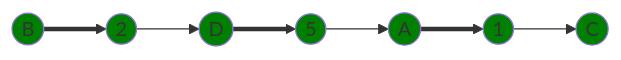
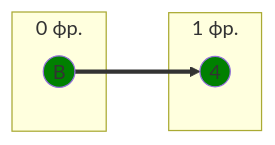
Diagram 11 of 12 in Задание 8/Nyashki.md (algos-ris-24-3/manual-tasks), drawn with Mermaid before and after one commit. The commit also changed other lines of this file, not shown here.

````diff
--- a/Задание 8/Nyashki.md
+++ b/Задание 8/Nyashki.md
@@ -354,20 +345,14 @@
 ```mermaid
 graph LR
-    B((B))
-    D((D))
-    A((A))
-    C((C))
-    2((2))
-    5((5))
-    1((1))
+    subgraph " 0 фр."
+        B((B))
+    end
+    subgraph " 1 фр."
+        4((4))
+    end
     
-    B ==> 2 --> D ==> 5 --> A ==> 1 --> C
+    B ==> 4
 
+    style 4 fill:#008000
     style B fill:#008000
-    style D fill:#008000
-    style A fill:#008000
-    style C fill:#008000
-    style 2 fill:#008000
-    style 5 fill:#008000
-    style 1 fill:#008000
 ```
````
